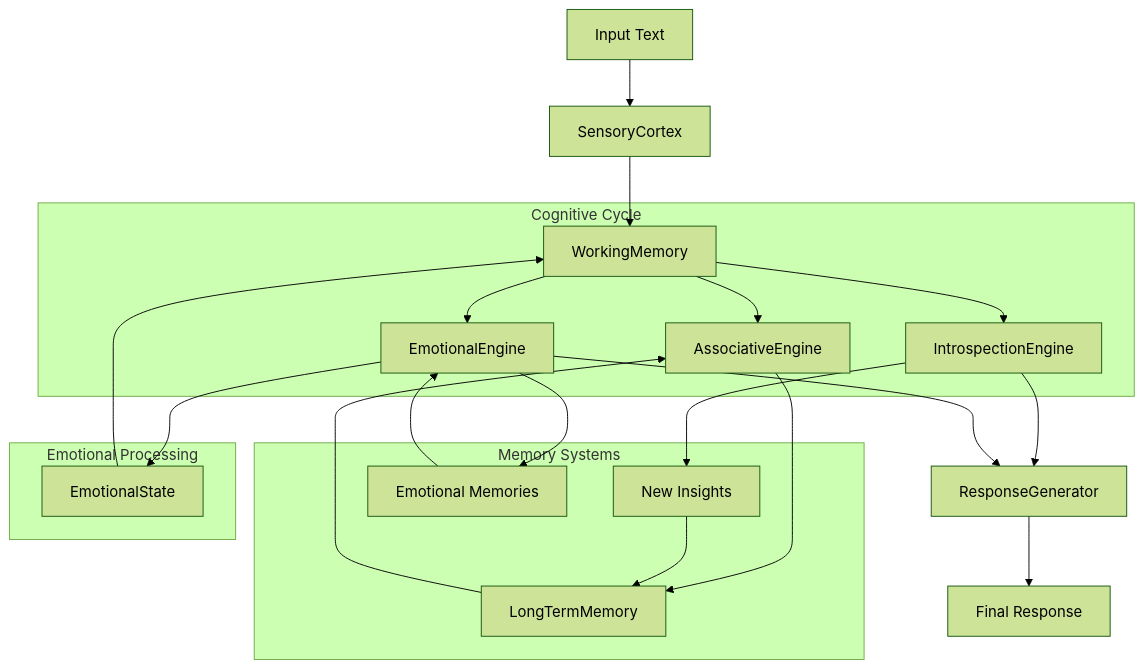
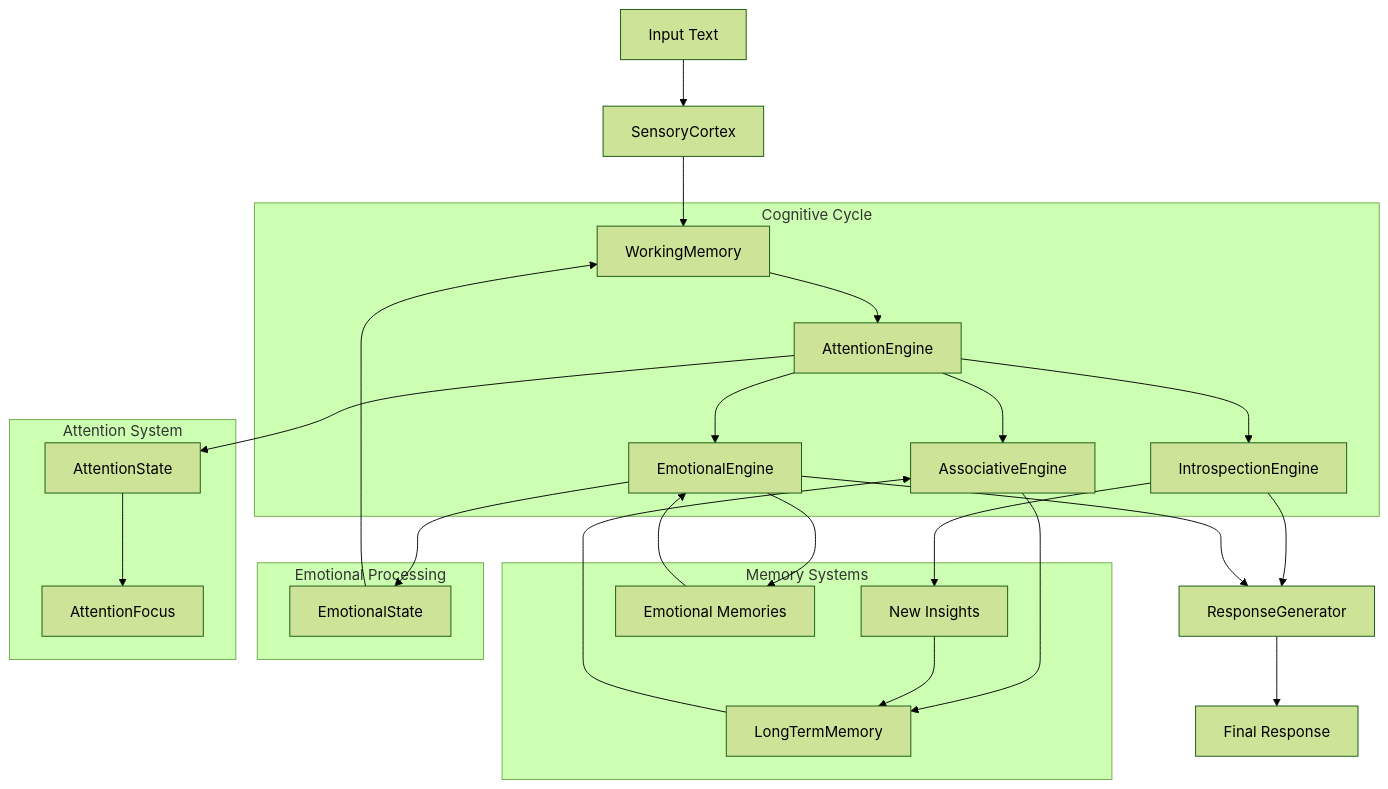
One commit to netsky-devel/Metacognitive-Engine-AI-Consciousness-Simulation changed the diagram in README.md. Above: the diagram before and after it, drawn with Mermaid (forest theme). The commit also changed other lines of this file and 2 other files, not shown here.

````diff
--- a/README.md
+++ b/README.md
@@ -16,38 +16,48 @@
 ```mermaid
 graph TB
     A[Input Text] --> B[SensoryCortex]
     B --> C[WorkingMemory]
-    C --> D[AssociativeEngine]
-    C --> E[IntrospectionEngine]
-    C --> J[EmotionalEngine]
+    C --> M[AttentionEngine]
+    M --> D[AssociativeEngine]
+    M --> E[IntrospectionEngine]
+    M --> J[EmotionalEngine]
     D --> F[LongTermMemory]
     E --> G[ResponseGenerator]
     J --> G
     F --> D
     E --> H[New Insights]
     J --> K[Emotional Memories]
     H --> F
     K --> J
     G --> I[Final Response]
     
     subgraph "Cognitive Cycle"
         C
+        M
         D
         E
         J
     end
     
     subgraph "Memory Systems"
         F
         H
         K
     end
     
     subgraph "Emotional Processing"
         J
         K
         L[EmotionalState]
         J --> L
         L --> C
     end
+    
+    subgraph "Attention System"
+        M
+        N[AttentionState]
+        O[AttentionFocus]
+        M --> N
+        N --> O
+    end
 ```
````
